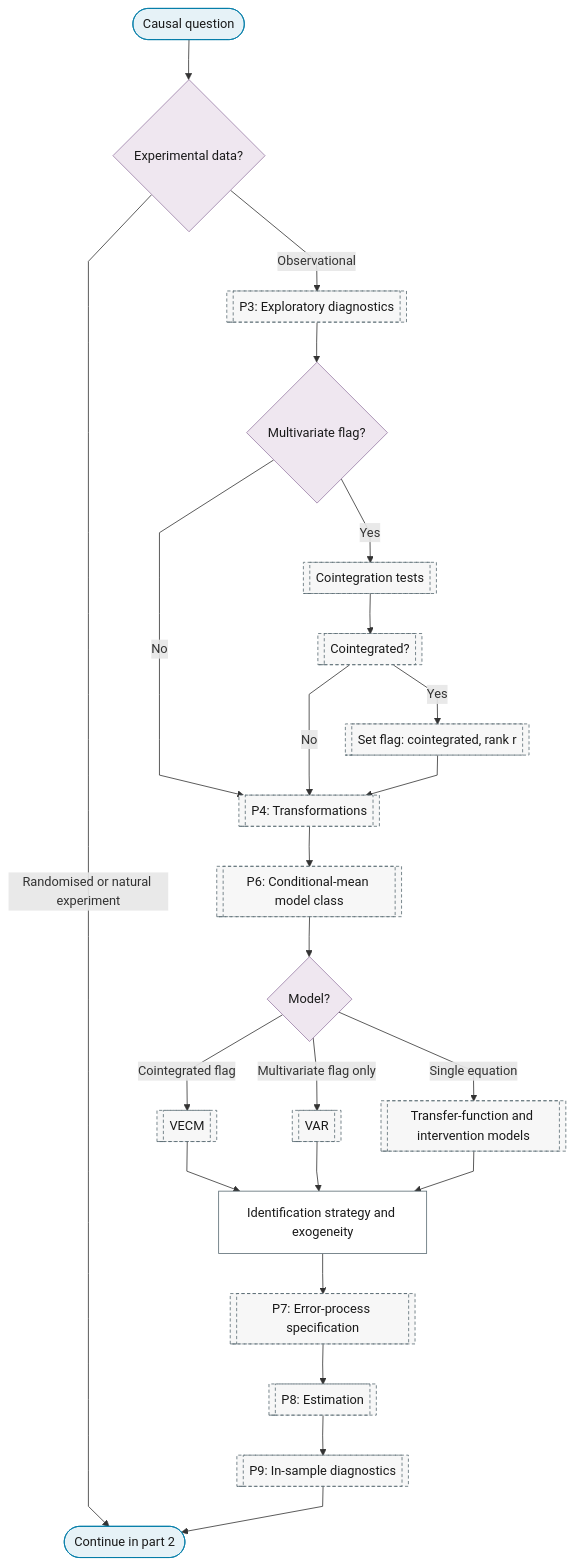
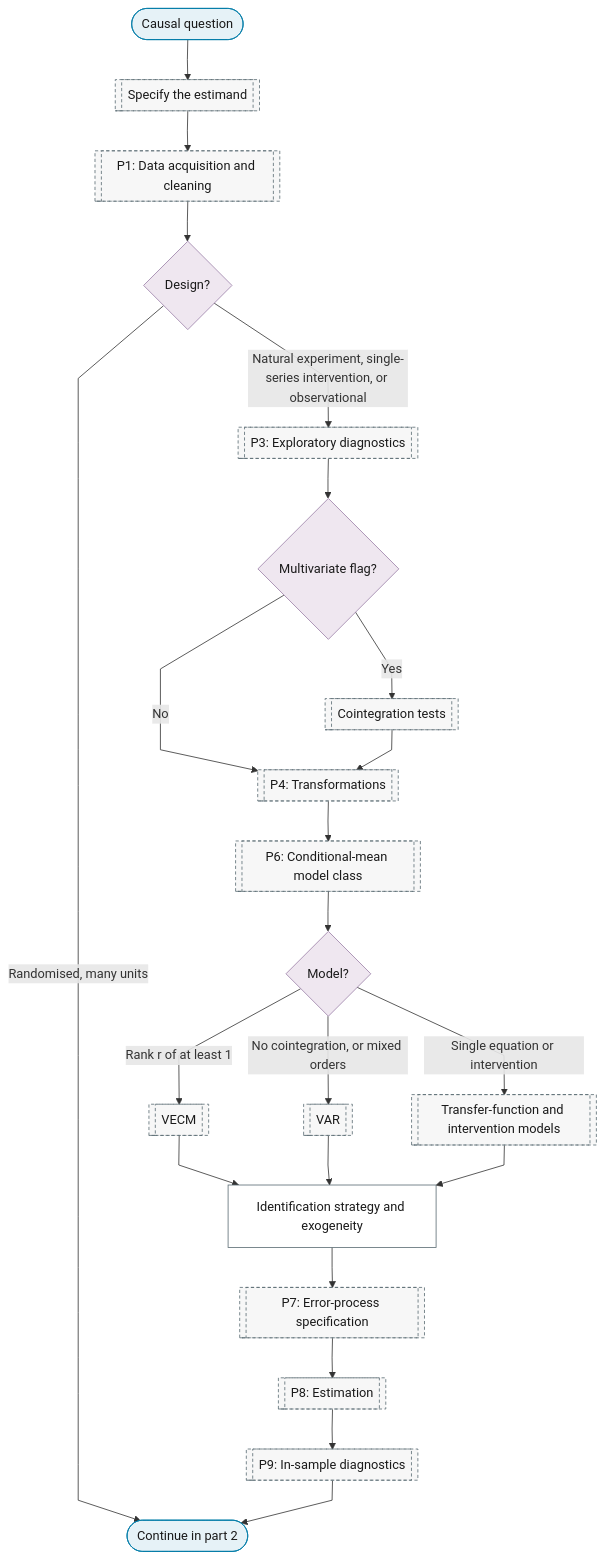
The first of 3 diagrams in docs/01-workflow/p00-purpose/02-causal-inference.md (Shuxin-Y/time-series-analysis-manual), drawn with Mermaid before and after one commit. The commit also changed other lines of this file and 20 other files, not shown here.

````diff
--- a/docs/01-workflow/p00-purpose/02-causal-inference.md
+++ b/docs/01-workflow/p00-purpose/02-causal-inference.md
@@ -9,36 +9,35 @@
 ```mermaid
 %%{init: {"flowchart": {"curve": "linear"}}}%%
 graph TD
-    P0_CA_IN(["Causal question"]) --> P0_CA_DESIGN{"Experimental data?"}
-    P0_CA_DESIGN -->|"Randomised or natural experiment"| P0_CA_TO_PART_2
-    P0_CA_DESIGN -->|"Observational"| P3[["P3: Exploratory diagnostics"]]
-    P3 --> P0_CA_MULTI{"Multivariate flag?"}
+    P0_CA_IN(["Causal question"]) --> P0_ESTIMAND[["Specify the estimand"]]
+    P0_ESTIMAND --> P1[["P1: Data acquisition and cleaning"]]
+    P1 --> P0_CA_DESIGN{"Design?"}
+    P0_CA_DESIGN -->|"Randomised, many units"| P0_CA_TO_PART_2(["Continue in part 2"])
+    P0_CA_DESIGN -->|"Natural experiment, single-series intervention, or observational"| P3
+    P3[["P3: Exploratory diagnostics"]] --> P0_CA_MULTI{"Multivariate flag?"}
     P0_CA_MULTI -->|"Yes"| P3_COINTEGRATION_PRECHECK[["Cointegration tests"]]
     P0_CA_MULTI -->|"No"| P4
-    P3_COINTEGRATION_PRECHECK --> P3_COINT_VERDICT[["Cointegrated?"]]
-    P3_COINT_VERDICT -->|"Yes"| P3_COINT_FLAG[["Set flag: cointegrated, rank r"]]
-    P3_COINT_VERDICT -->|"No"| P4
-    P3_COINT_FLAG --> P4[["P4: Transformations"]]
+    P3_COINTEGRATION_PRECHECK --> P4[["P4: Transformations"]]
     P4 --> P6[["P6: Conditional-mean model class"]]
     P6 --> P0_CA_MODEL{"Model?"}
-    P0_CA_MODEL -->|"Cointegrated flag"| P6_VECM[["VECM"]]
-    P0_CA_MODEL -->|"Multivariate flag only"| P6_VAR[["VAR"]]
-    P0_CA_MODEL -->|"Single equation"| P6_TRANSFER_FUNCTION[["Transfer-function and intervention models"]]
+    P0_CA_MODEL -->|"Rank r of at least 1"| P6_VECM[["VECM"]]
+    P0_CA_MODEL -->|"No cointegration, or mixed orders"| P6_VAR[["VAR"]]
+    P0_CA_MODEL -->|"Single equation or intervention"| P6_TRANSFER_FUNCTION[["Transfer-function and intervention models"]]
     P6_VECM & P6_VAR & P6_TRANSFER_FUNCTION --> P0_CA_IDENTIFICATION["Identification strategy and exogeneity"]
     P0_CA_IDENTIFICATION --> P7[["P7: Error-process specification"]]
     P7 --> P8[["P8: Estimation"]]
     P8 --> P9[["P9: In-sample diagnostics"]]
-    P9 --> P0_CA_TO_PART_2(["Continue in part 2"])
+    P9 --> P0_CA_TO_PART_2
     class P0_CA_IN,P0_CA_TO_PART_2 terminator
     class P0_CA_DESIGN,P0_CA_MULTI,P0_CA_MODEL decision
     class P0_CA_IDENTIFICATION process
-    class P3,P3_COINTEGRATION_PRECHECK,P3_COINT_VERDICT,P3_COINT_FLAG,P4,P6,P6_VECM,P6_VAR,P6_TRANSFER_FUNCTION,P7,P8,P9 ref
+    class P0_ESTIMAND,P1,P3,P3_COINTEGRATION_PRECHECK,P4,P6,P6_VECM,P6_VAR,P6_TRANSFER_FUNCTION,P7,P8,P9 ref
     classDef terminator fill:#E6F2F7,stroke:#007BA7,color:#1A1A1A;
     classDef process fill:#FFFFFF,stroke:#5A6B73,color:#1A1A1A;
     classDef decision fill:#EFE7F0,stroke:#9B7FA7,color:#1A1A1A;
     classDef data fill:#FFF4E0,stroke:#C9A55E,color:#1A1A1A;
     classDef good fill:#DCEFD8,stroke:#4A7A3F,color:#1A1A1A;
     classDef escalate fill:#FFE9C2,stroke:#C9A55E,color:#1A1A1A;
     classDef problem fill:#F2D9DE,stroke:#800020,color:#1A1A1A;
     classDef ref fill:#F7F7F7,stroke:#5A6B73,color:#1A1A1A,stroke-dasharray:4 3;
 ```
````
